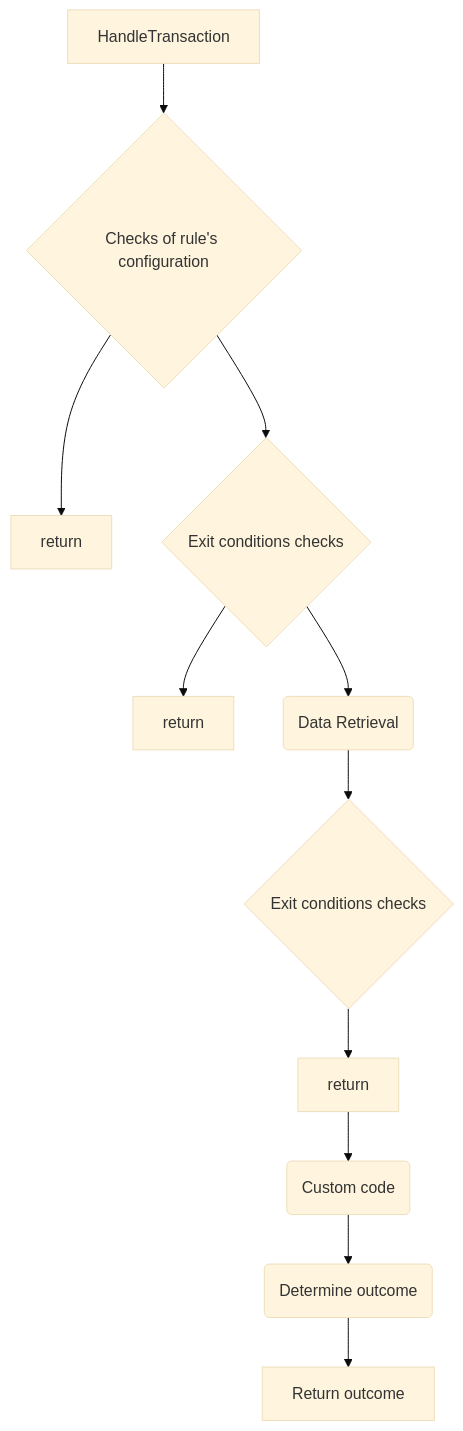
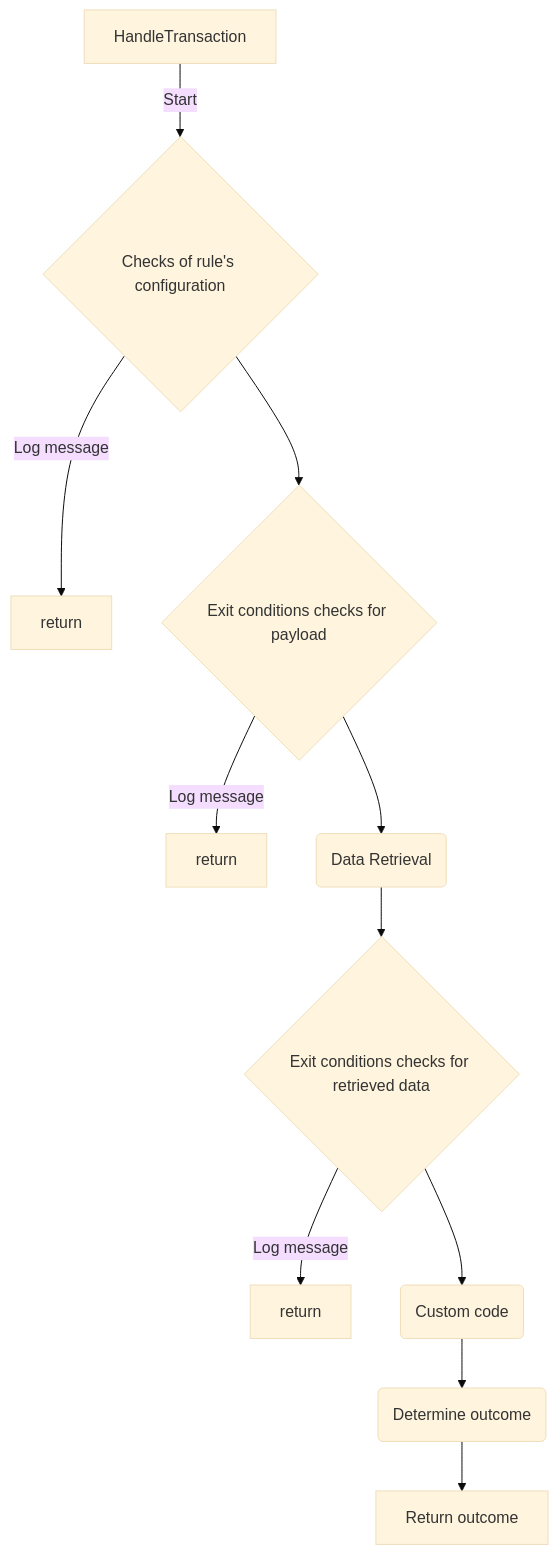
Before and after one commit to tazama-lf/rule-901: the diagram in README.md, drawn with Mermaid (base theme). The commit also changed other lines of this file, not shown here.

````diff
--- a/README.md
+++ b/README.md
@@ -73,14 +76,14 @@
 ```mermaid
 flowchart TD
-    A[HandleTransaction] --> B{Checks of rule's configuration}
-    B --> D[return]
-    B --> C{Exit conditions checks}
-    C --> K[return]
+     A[HandleTransaction] --> |Start| B{Checks of rule's configuration}
+    B --> |Log message| D[return]
+    B --> C{Exit conditions checks for payload}
+    C --> |Log message| K[return]
     C --> E(Data Retrieval)
-    E --> F{Exit conditions checks}
-    F --> J[return]
-    J --> L(Custom code)
+    E --> F{Exit conditions checks for retrieved data}
+    F --> |Log message| J[return]
+    F --> L(Custom code)
     L --> U(Determine outcome)
     U --> Q[Return outcome]    
 
 ```
````
